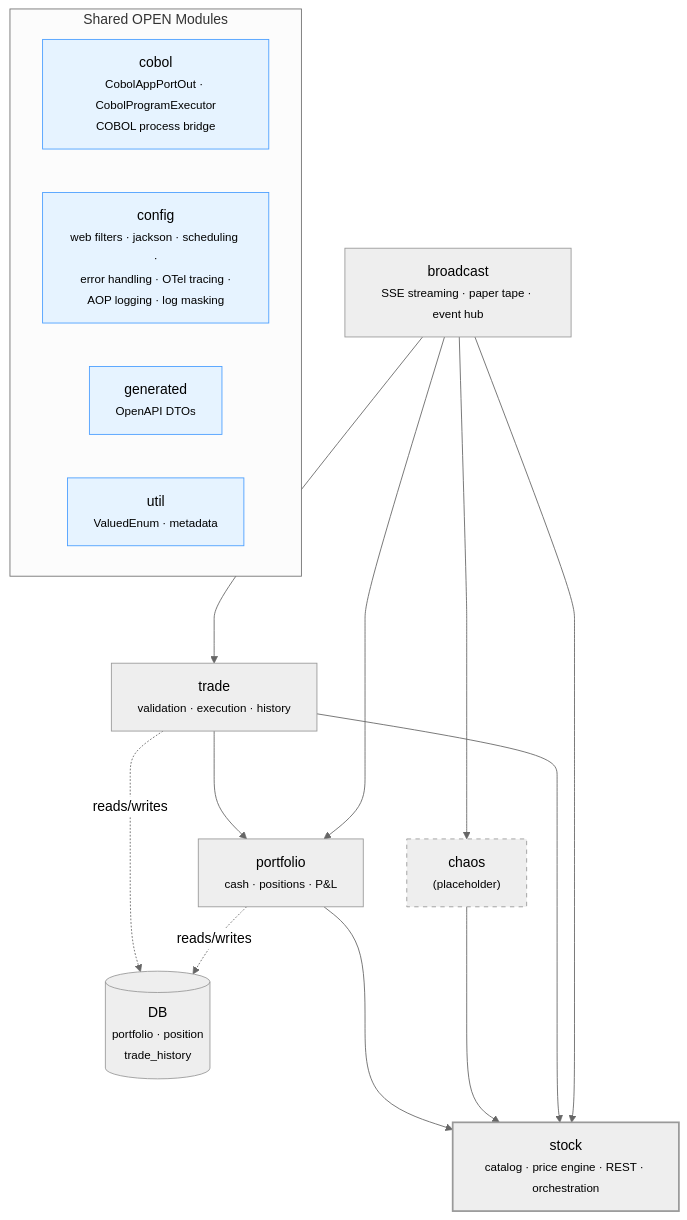
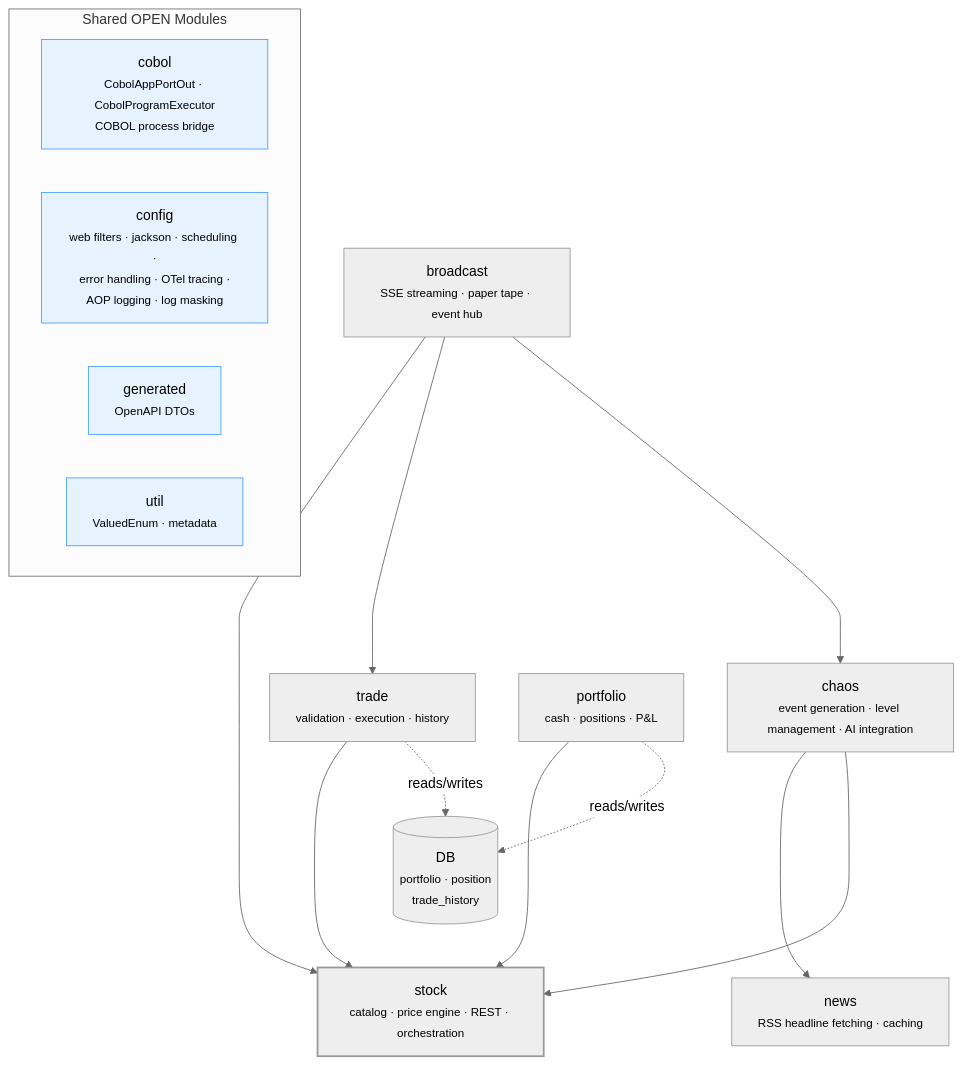
One commit to franBec/stonks-simulator changed the first of 19 diagrams in stonks_java/README.md. Above: the diagram before and after it, drawn with Mermaid (neutral theme). The commit also changed other lines of this file, not shown here.

First line of the commit message:
docs: update module architecture graph, end-to-end flows, and integrations

````diff
--- a/stonks_java/README.md
+++ b/stonks_java/README.md
@@ -35,36 +35,35 @@
 ```mermaid
 graph TB
     broadcast["broadcast<br/><small>SSE streaming · paper tape · event hub</small>"]
     stock["stock<br/><small>catalog · price engine · REST · orchestration</small>"]
     trade["trade<br/><small>validation · execution · history</small>"]
-    chaos["chaos<br/><small>(placeholder)</small>"]
+    chaos["chaos<br/><small>event generation · level management · AI integration</small>"]
+    news["news<br/><small>RSS headline fetching · caching</small>"]
     portfolio["portfolio<br/><small>cash · positions · P&L</small>"]
     db[("DB<br/><small>portfolio · position<br/>trade_history</small>")]
 
     subgraph OPEN ["Shared OPEN Modules"]
         cobol["cobol<br/><small>CobolAppPortOut · CobolProgramExecutor<br/>COBOL process bridge</small>"]
         config["config<br/><small>web filters · jackson · scheduling ·<br/>error handling · OTel tracing ·<br/>AOP logging · log masking</small>"]
         generated["generated<br/><small>OpenAPI DTOs</small>"]
         util["util<br/><small>ValuedEnum · metadata</small>"]
     end
 
     broadcast ---> stock
     broadcast ---> trade
     broadcast ---> chaos
-    broadcast ---> portfolio
 
     trade ---> stock
-    trade ---> portfolio
+    chaos ---> news
     chaos ---> stock
     portfolio ---> stock
 
     portfolio -.->|reads/writes| db
     trade -.->|reads/writes| db
 
     style stock stroke-width:2px
-    style chaos stroke-dasharray: 5 5
     style cobol fill:#e6f3ff,stroke:#4a9eff
     style config fill:#e6f3ff,stroke:#4a9eff
     style generated fill:#e6f3ff,stroke:#4a9eff
     style util fill:#e6f3ff,stroke:#4a9eff
 ```
````
